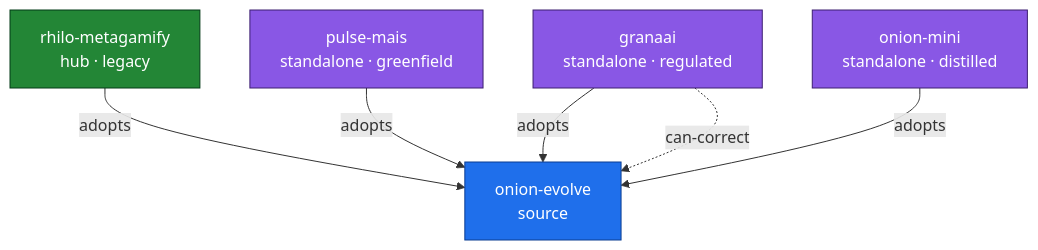
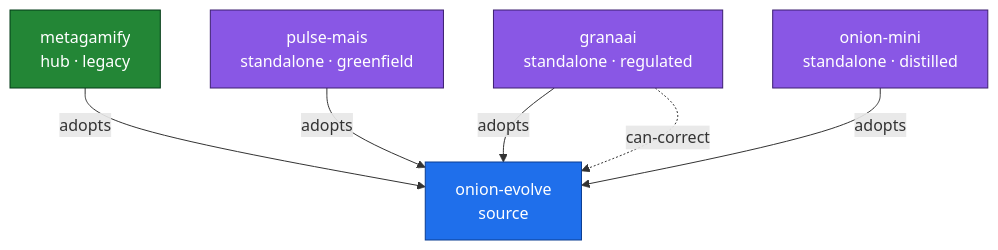
Before and after one commit to marciocar/onion-evolve: the diagram in docs/onion/federation-map.md, drawn with Mermaid. The commit also changed other lines of this file and 4 other files, not shown here.

First line of the commit message:
fix(federation): membro 'rhilo-metagamify' → 'metagamify' — remove nome da empresa de superfície pública

````diff
--- a/docs/onion/federation-map.md
+++ b/docs/onion/federation-map.md
@@ -6,16 +6,16 @@
 ```mermaid
 flowchart TD
   onion_evolve["onion-evolve<br/>source"]:::source
-  rhilo_metagamify["rhilo-metagamify<br/>hub · legacy"]:::hub
+  metagamify["metagamify<br/>hub · legacy"]:::hub
   pulse_mais["pulse-mais<br/>standalone · greenfield"]:::standalone
   granaai["granaai<br/>standalone · regulated"]:::standalone
   onion_mini["onion-mini<br/>standalone · distilled"]:::standalone
-  rhilo_metagamify -->|adopts| onion_evolve
+  metagamify -->|adopts| onion_evolve
   pulse_mais -->|adopts| onion_evolve
   granaai -->|adopts| onion_evolve
   granaai -.->|can-correct| onion_evolve
   onion_mini -->|adopts| onion_evolve
   classDef source fill:#1f6feb,color:#fff,stroke:#0b3d91;
   classDef hub fill:#238636,color:#fff,stroke:#033a16;
   classDef standalone fill:#8957e5,color:#fff,stroke:#3c1e70;
 ```
````
